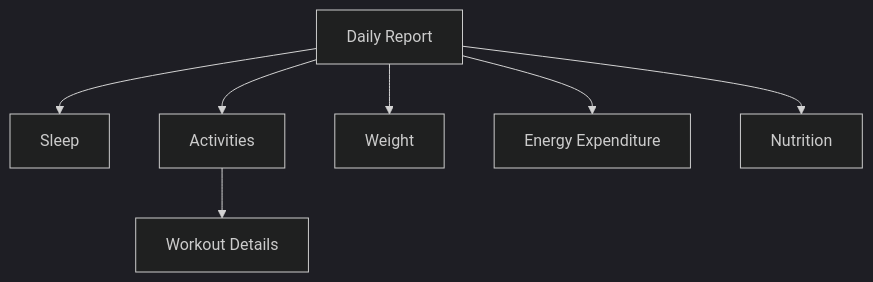
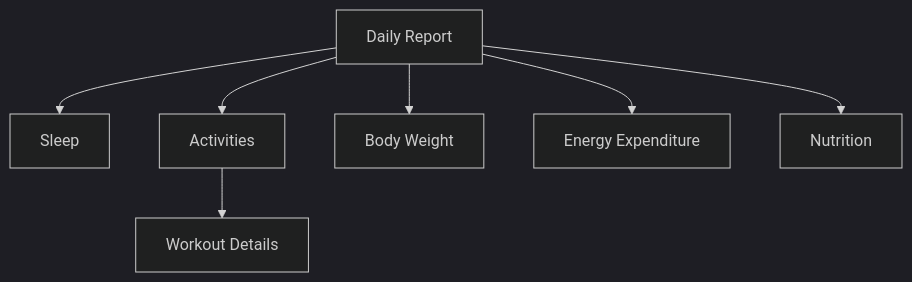
One commit to MateuszMocarski/AppleHealthMonitorAnalyzer changed the fourth of 4 diagrams in README.md. Above: the diagram before and after it, drawn with Mermaid (dark theme). The commit also changed other lines of this file, not shown here.

````diff
--- a/README.md
+++ b/README.md
@@ -323,20 +317,20 @@
 ```mermaid
 flowchart TD
 
-    A["Daily Report"]
-    B["Sleep"]
-    C["Activities"]
-    D["Weight"]
-    E["Energy Expenditure"] 
+    A["Daily Report"]
+    B["Sleep"]
+    C["Activities"]
+    D["Body Weight"]
+    E["Energy Expenditure"] 
     F["Nutrition"]
 
-    CC["Workout Details"]
+    CC["Workout Details"]
 
-    A --> B
-    A --> C
-    A --> D
-    A --> E
+    A --> B
+    A --> C
+    A --> D
+    A --> E
     A --> F
-    C --> CC
+    C --> CC
 
 ```
````
